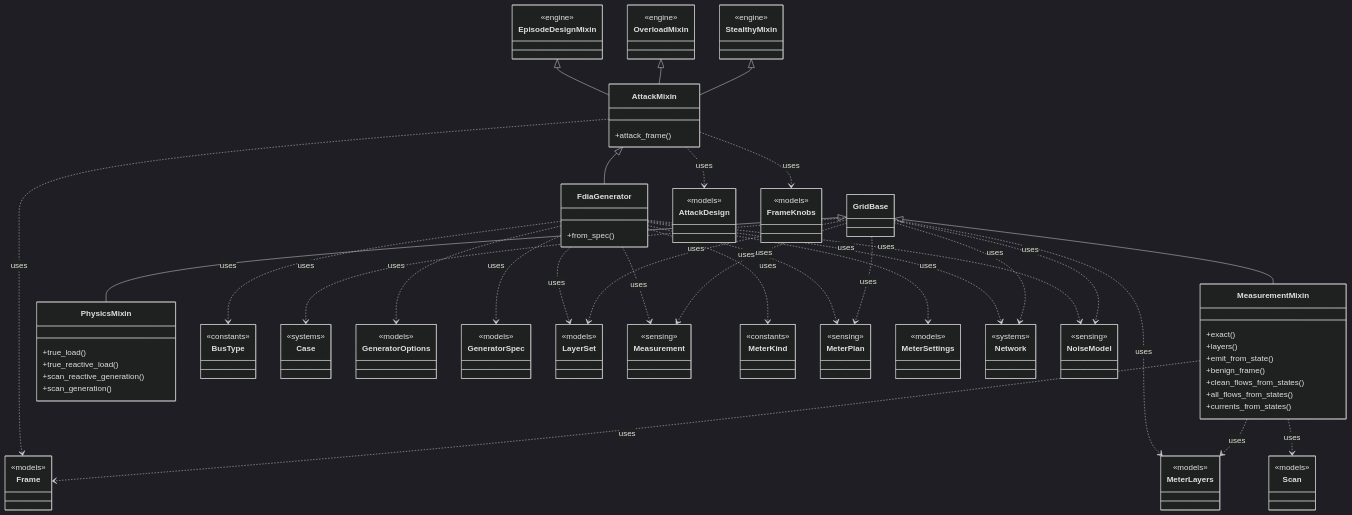
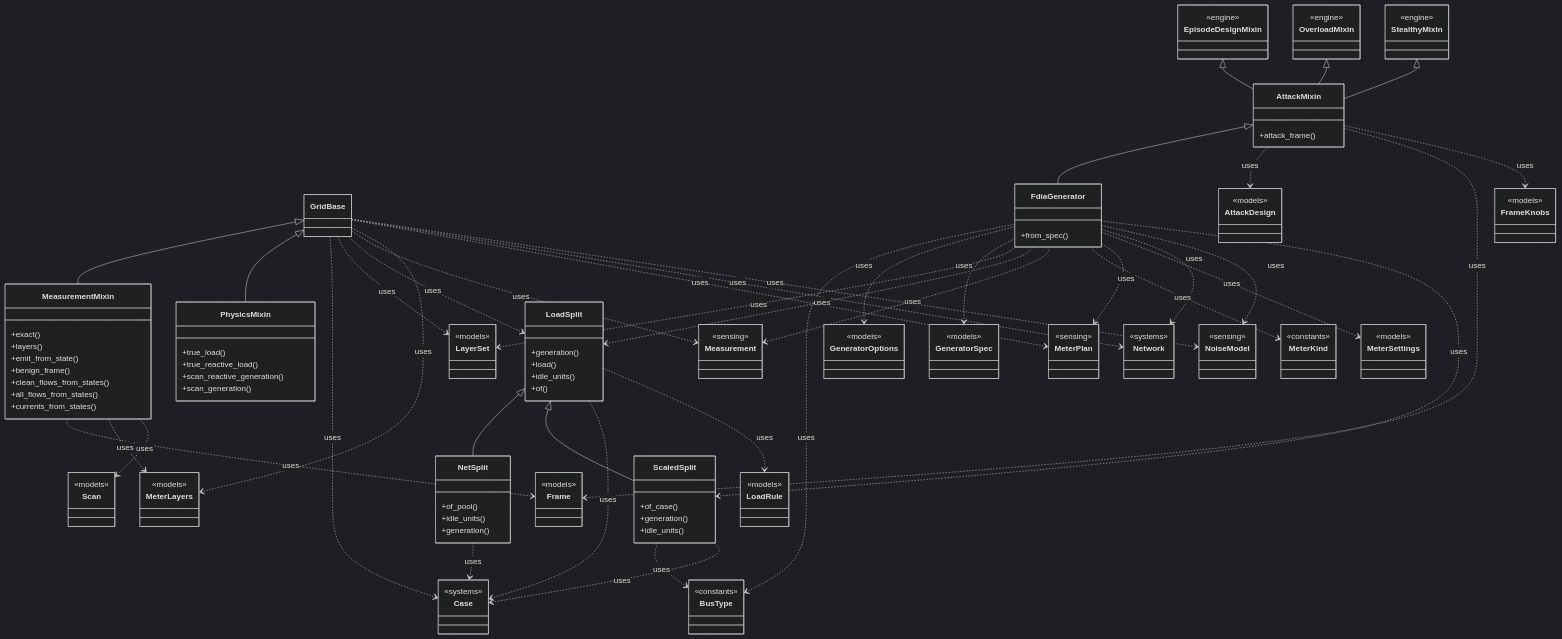
Before and after one commit to myersben9/fdia-graph: the diagram in docs/figures/diagrams/classes_engine.mmd, drawn with Mermaid (dark theme). The commit also changed 27 other files, not shown here.

First line of the commit message:
The original generator reads a dispatched pool and picks targets on the grid's own buses (#264)

```diff
--- a/docs/figures/diagrams/classes_engine.mmd
+++ b/docs/figures/diagrams/classes_engine.mmd
@@ -1,110 +1,139 @@
 classDiagram
     class GridBase {
     }
     class MeasurementMixin {
         +exact()
         +layers()
         +emit_from_state()
         +benign_frame()
         +clean_flows_from_states()
         +all_flows_from_states()
         +currents_from_states()
+    }
+    class LoadSplit {
+        +generation()
+        +load()
+        +idle_units()
+        +of()
+    }
+    class ScaledSplit {
+        +of_case()
+        +generation()
+        +idle_units()
+    }
+    class NetSplit {
+        +of_pool()
+        +idle_units()
+        +generation()
     }
     class PhysicsMixin {
         +true_load()
         +true_reactive_load()
         +scan_reactive_generation()
         +scan_generation()
     }
     class AttackMixin {
         +attack_frame()
     }
     class FdiaGenerator {
         +from_spec()
     }
     class AttackDesign {
         <<models>>
     }
     class BusType {
         <<constants>>
     }
     class Case {
         <<systems>>
     }
     class EpisodeDesignMixin {
         <<engine>>
     }
     class Frame {
         <<models>>
     }
     class FrameKnobs {
         <<models>>
     }
     class GeneratorOptions {
         <<models>>
     }
     class GeneratorSpec {
         <<models>>
     }
     class LayerSet {
         <<models>>
     }
+    class LoadRule {
+        <<models>>
+    }
     class Measurement {
         <<sensing>>
     }
     class MeterKind {
         <<constants>>
     }
     class MeterLayers {
         <<models>>
     }
     class MeterPlan {
         <<sensing>>
     }
     class MeterSettings {
         <<models>>
     }
     class Network {
         <<systems>>
     }
     class NoiseModel {
         <<sensing>>
     }
     class OverloadMixin {
         <<engine>>
     }
     class Scan {
         <<models>>
     }
     class StealthyMixin {
         <<engine>>
     }
     AttackMixin <|-- FdiaGenerator
     EpisodeDesignMixin <|-- AttackMixin
     GridBase <|-- MeasurementMixin
     GridBase <|-- PhysicsMixin
+    LoadSplit <|-- NetSplit
+    LoadSplit <|-- ScaledSplit
     OverloadMixin <|-- AttackMixin
     StealthyMixin <|-- AttackMixin
     AttackMixin ..> AttackDesign : uses
     AttackMixin ..> Frame : uses
     AttackMixin ..> FrameKnobs : uses
     FdiaGenerator ..> BusType : uses
     FdiaGenerator ..> GeneratorOptions : uses
     FdiaGenerator ..> GeneratorSpec : uses
     FdiaGenerator ..> LayerSet : uses
+    FdiaGenerator ..> LoadSplit : uses
     FdiaGenerator ..> Measurement : uses
     FdiaGenerator ..> MeterKind : uses
     FdiaGenerator ..> MeterPlan : uses
     FdiaGenerator ..> MeterSettings : uses
     FdiaGenerator ..> Network : uses
     FdiaGenerator ..> NoiseModel : uses
+    FdiaGenerator ..> ScaledSplit : uses
     GridBase ..> Case : uses
     GridBase ..> LayerSet : uses
+    GridBase ..> LoadSplit : uses
     GridBase ..> Measurement : uses
     GridBase ..> MeterLayers : uses
     GridBase ..> MeterPlan : uses
     GridBase ..> Network : uses
     GridBase ..> NoiseModel : uses
+    LoadSplit ..> Case : uses
+    LoadSplit ..> LoadRule : uses
     MeasurementMixin ..> Frame : uses
     MeasurementMixin ..> MeterLayers : uses
     MeasurementMixin ..> Scan : uses
+    NetSplit ..> Case : uses
+    ScaledSplit ..> BusType : uses
+    ScaledSplit ..> Case : uses
```
